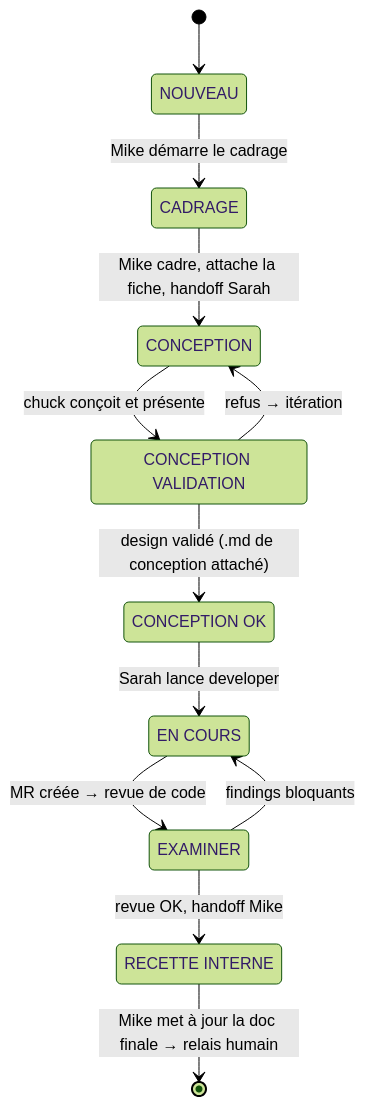
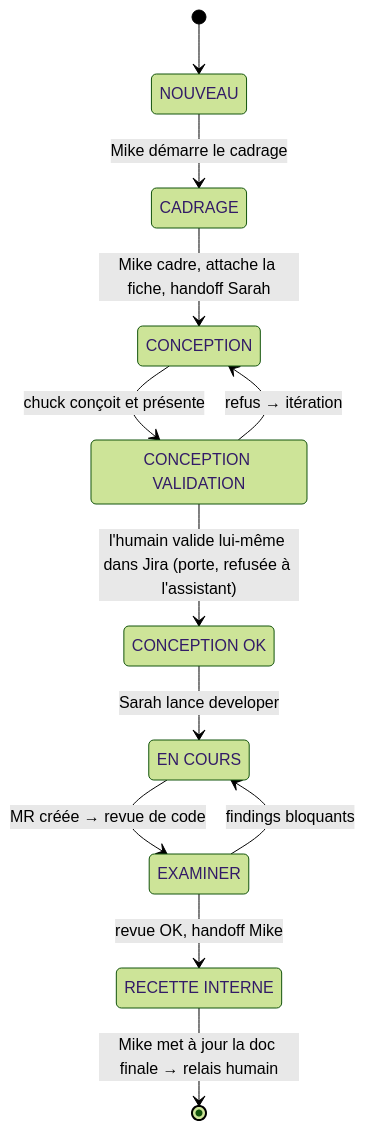
Before and after one commit to ezacae/ezacae-tooling: the first of 2 diagrams in plugins/ezacae-jira/skills/jira-pipeline/PIPELINE.md, drawn with Mermaid (forest theme). The commit also changed other lines of this file and 9 other files, not shown here.

First line of the commit message:
RD-43 : la porte de validation refusée à l'assistant

````diff
--- a/plugins/ezacae-jira/skills/jira-pipeline/PIPELINE.md
+++ b/plugins/ezacae-jira/skills/jira-pipeline/PIPELINE.md
@@ -31,23 +31,23 @@
 ```mermaid
 stateDiagram-v2
     state "NOUVEAU" as NOUVEAU
     state "CADRAGE" as CADRAGE
     state "CONCEPTION" as CONCEPTION
     state "CONCEPTION VALIDATION" as CV
     state "CONCEPTION OK" as COK
     state "EN COURS" as ENCOURS
     state "EXAMINER" as EXAMINER
     state "RECETTE INTERNE" as RI
 
     [*] --> NOUVEAU
     NOUVEAU --> CADRAGE : Mike démarre le cadrage
     CADRAGE --> CONCEPTION : Mike cadre, attache la fiche, handoff Sarah
     CONCEPTION --> CV : chuck conçoit et présente
     CV --> CONCEPTION : refus → itération
-    CV --> COK : design validé (.md de conception attaché)
+    CV --> COK : l'humain valide lui-même dans Jira (porte, refusée à l'assistant)
     COK --> ENCOURS : Sarah lance developer
     ENCOURS --> EXAMINER : MR créée → revue de code
     EXAMINER --> ENCOURS : findings bloquants
     EXAMINER --> RI : revue OK, handoff Mike
     RI --> [*] : Mike met à jour la doc finale → relais humain
 ```
````
